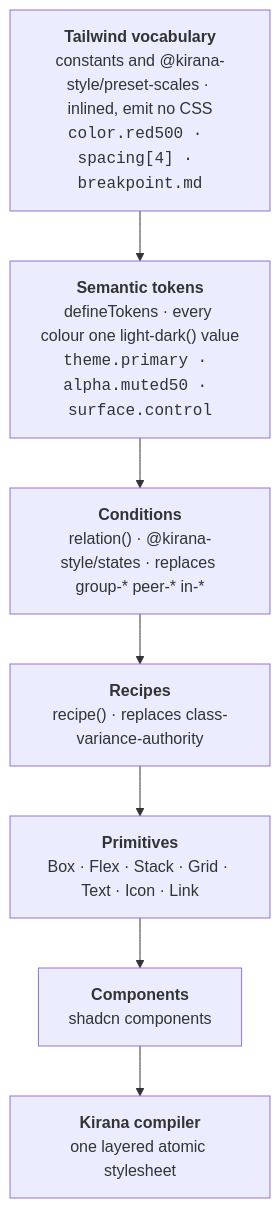
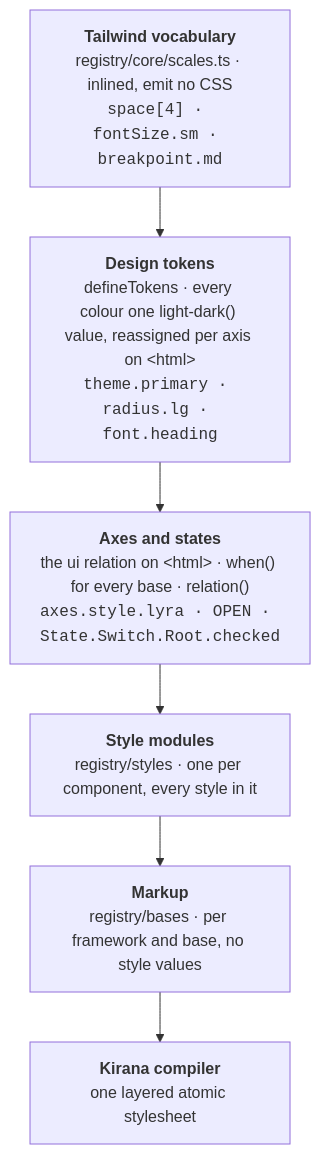
The diagram in README.md (kirana-style/kirana-ui), drawn with Mermaid before and after one commit. The commit also changed other lines of this file and 677 other files, not shown here.

````diff
--- a/README.md
+++ b/README.md
@@ -16,11 +16,10 @@
 ```mermaid
 flowchart TD
-  A["<b>Tailwind vocabulary</b><br/>constants and @kirana-style/preset-scales · inlined, emit no CSS<br/><code>color.red500 · spacing[4] · breakpoint.md</code>"]
-  B["<b>Semantic tokens</b><br/>defineTokens · every colour one light-dark() value<br/><code>theme.primary · alpha.muted50 · surface.control</code>"]
-  C["<b>Conditions</b><br/>relation() · @kirana-style/states · replaces group-* peer-* in-*"]
-  D["<b>Recipes</b><br/>recipe() · replaces class-variance-authority"]
-  E["<b>Primitives</b><br/>Box · Flex · Stack · Grid · Text · Icon · Link"]
-  F["<b>Components</b><br/>shadcn components"]
-  G["<b>Kirana compiler</b><br/>one layered atomic stylesheet"]
-  A --> B --> C --> D --> E --> F --> G
+  A["<b>Tailwind vocabulary</b><br/>registry/core/scales.ts · inlined, emit no CSS<br/><code>space[4] · fontSize.sm · breakpoint.md</code>"]
+  B["<b>Design tokens</b><br/>defineTokens · every colour one light-dark() value, reassigned per axis on &lt;html&gt;<br/><code>theme.primary · radius.lg · font.heading</code>"]
+  C["<b>Axes and states</b><br/>the ui relation on &lt;html&gt; · when() for every base · relation()<br/><code>axes.style.lyra · OPEN · State.Switch.Root.checked</code>"]
+  D["<b>Style modules</b><br/>registry/styles · one per component, every style in it"]
+  E["<b>Markup</b><br/>registry/bases · per framework and base, no style values"]
+  F["<b>Kirana compiler</b><br/>one layered atomic stylesheet"]
+  A --> B --> C --> D --> E --> F
 ```
````
